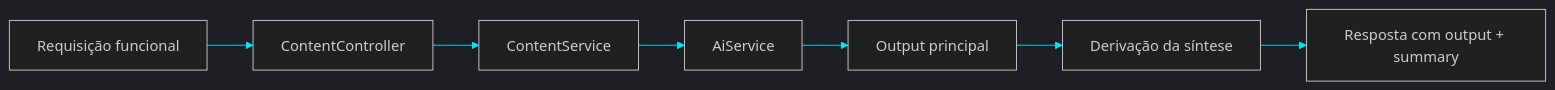
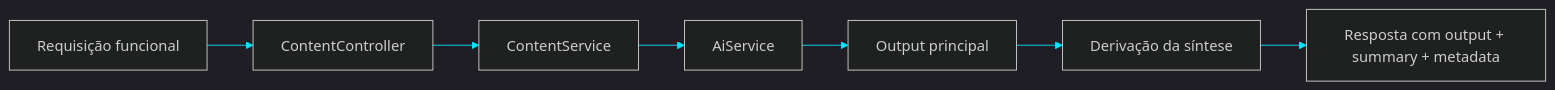
Before and after one commit to matheusdiamantino-betalent/questions-ai: the diagram in PR 41 — Fase 2: Síntese Funcional Estruturada em `content`.md, drawn with Mermaid. The commit also changed other lines of this file, not shown here.

````diff
--- a/PR 41 — Fase 2: Síntese Funcional Estruturada em `content`.md
+++ b/PR 41 — Fase 2: Síntese Funcional Estruturada em `content`.md
@@ -98,10 +98,10 @@
 ```mermaid
 %%{init: {'theme':'dark','themeVariables':{'primaryColor':'#0f172a','primaryTextColor':'#e5e7eb','primaryBorderColor':'#39ff14','lineColor':'#00e5ff','secondaryColor':'#111827','tertiaryColor':'#111827'}}}%%
 flowchart LR
     A[Requisição funcional] --> B[ContentController]
     B --> C[ContentService]
     C --> D[AiService]
     D --> E[Output principal]
     E --> F[Derivação da síntese]
-    F --> G[Resposta com output + summary]
+    F --> G[Resposta com output + summary + metadata]
 ```
````
